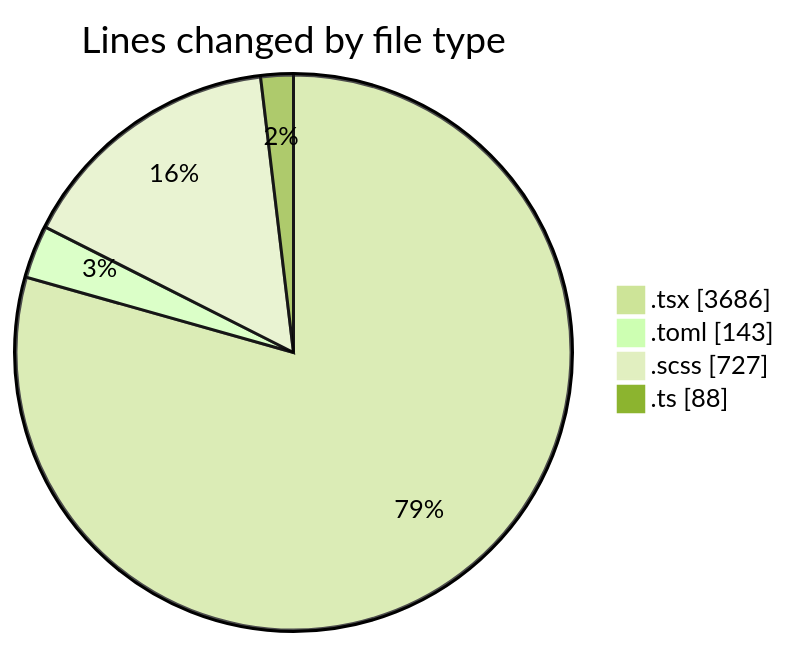
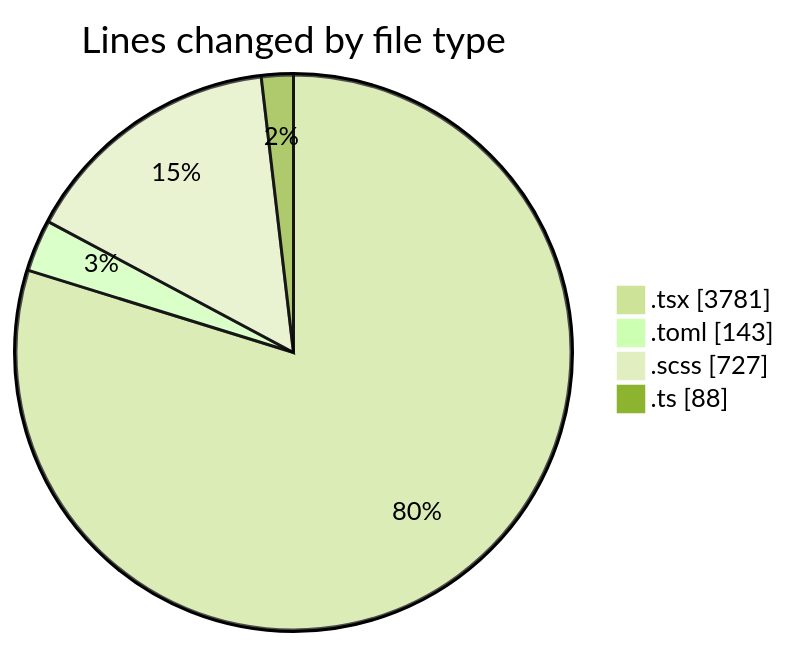
The first of 2 diagrams in 2026-11-02/cda/README.md (momahboobian/code-tracking), drawn with Mermaid (forest theme) before and after one commit. The commit also changed other lines of this file and 1 other file, not shown here.

````diff
--- a/2026-11-02/cda/README.md
+++ b/2026-11-02/cda/README.md
@@ -50,8 +51,8 @@
 ```mermaid
 pie showData
 title Lines changed by file type
-".tsx" : 3686
+".tsx" : 3781
 ".toml" : 143
 ".scss" : 727
 ".ts" : 88
 ```
````
